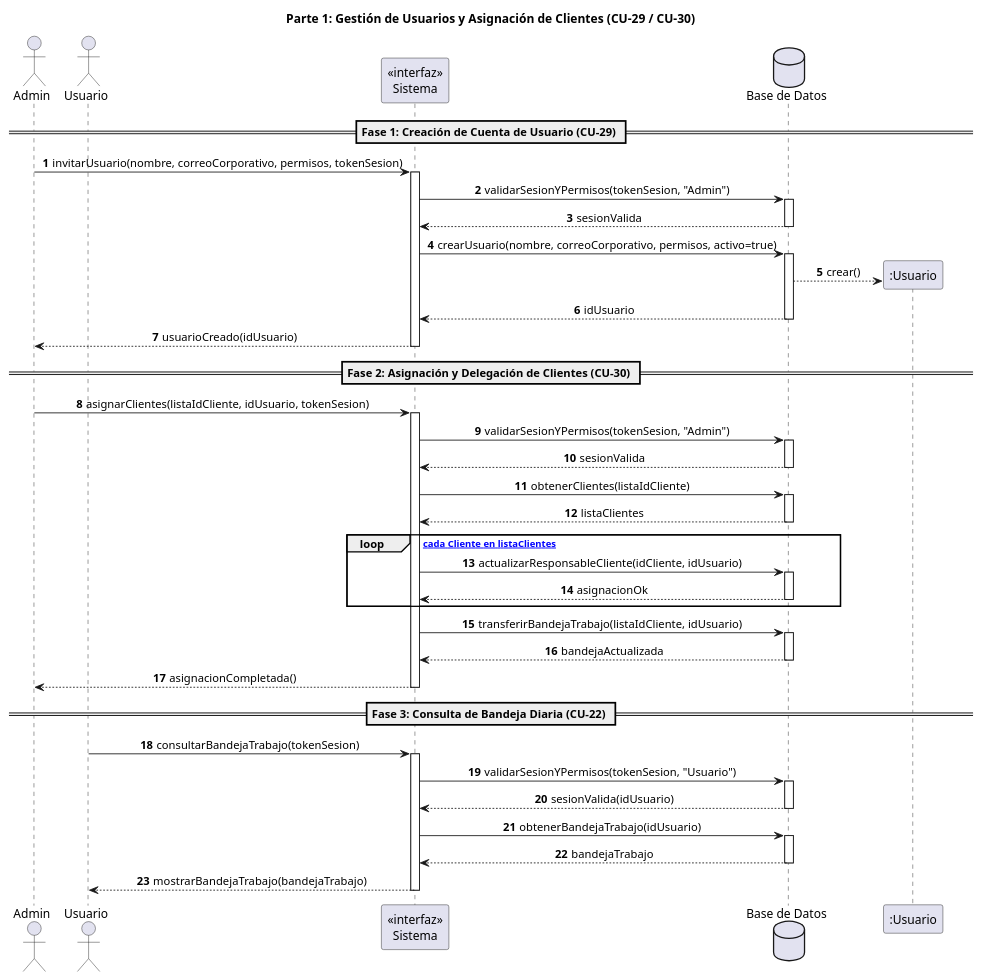
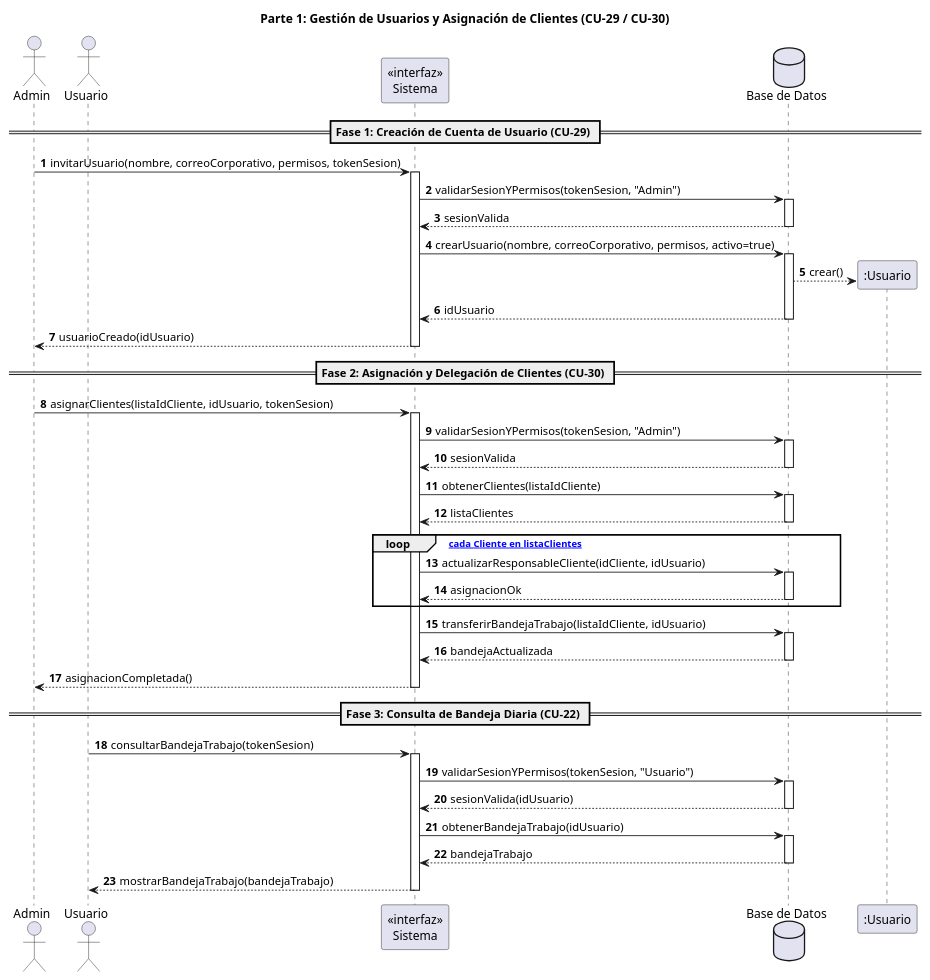
One commit to Ragavez/TurbineHuclides changed the first of 13 diagrams in diagramas_de_secuencia_Codigo.md. Above: the diagram before and after it, drawn with PlantUML.

Commit message:
Corrección código parte 1

```diff
--- a/diagramas_de_secuencia_Codigo.md
+++ b/diagramas_de_secuencia_Codigo.md
@@ -5,10 +5,6 @@
 @startuml
 autonumber
 title Parte 1: Gestión de Usuarios y Asignación de Clientes (CU-29 / CU-30)
-
-skinparam sequenceMessageAlign center
-skinparam ParticipantPadding 30
-skinparam BoxPadding 15
 
 actor "Admin" as Admin
 actor "Usuario" as Operativo
```
